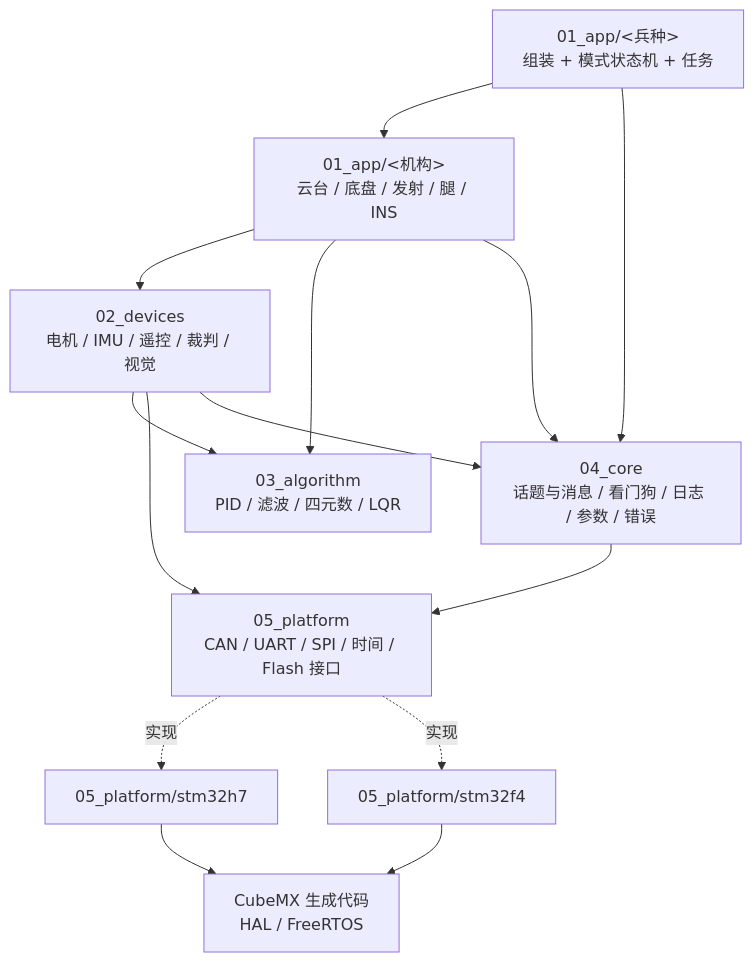
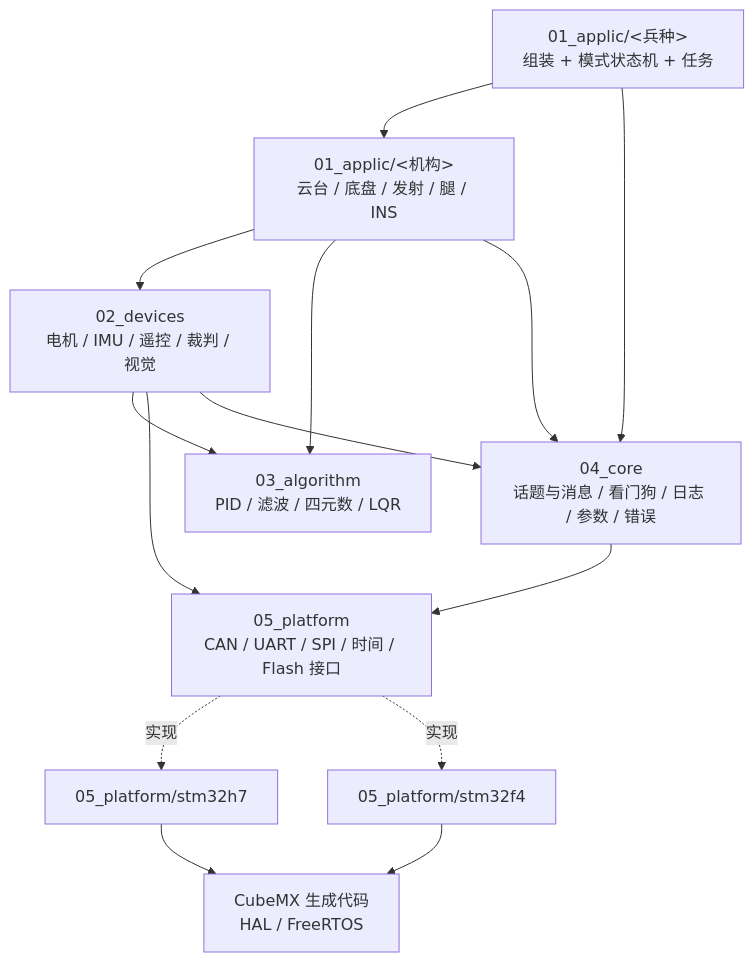
The first of 3 diagrams in docs/ARCHITECTURE.md (X0create/COD_RoboCore), drawn with Mermaid before and after one commit. The commit also changed other lines of this file and 91 other files, not shown here.

First line of the commit message:
refactor: 任务名都带 _task，兵种文件加兵种前缀，01_app 改名 01_applic（ADR 0051）

````diff
--- a/docs/ARCHITECTURE.md
+++ b/docs/ARCHITECTURE.md
@@ -111,25 +111,25 @@
 ```mermaid
 flowchart TD
-    APP["01_app/<兵种><br/>组装 + 模式状态机 + 任务"]
-    SUB["01_app/<机构><br/>云台 / 底盘 / 发射 / 腿 / INS"]
+    APP["01_applic/<兵种><br/>组装 + 模式状态机 + 任务"]
+    SUB["01_applic/<机构><br/>云台 / 底盘 / 发射 / 腿 / INS"]
     DEV["02_devices<br/>电机 / IMU / 遥控 / 裁判 / 视觉"]
     ALG["03_algorithm<br/>PID / 滤波 / 四元数 / LQR"]
     CORE["04_core<br/>话题与消息 / 看门狗 / 日志 / 参数 / 错误"]
     PLAT["05_platform<br/>CAN / UART / SPI / 时间 / Flash 接口"]
     H7["05_platform/stm32h7"]
     F4["05_platform/stm32f4"]
     GEN["CubeMX 生成代码<br/>HAL / FreeRTOS"]
     APP --> SUB
     APP --> CORE
     SUB --> DEV
     SUB --> ALG
     DEV --> ALG
     DEV --> PLAT
     SUB --> CORE
     DEV --> CORE
     CORE --> PLAT
     PLAT -.实现.-> H7
     PLAT -.实现.-> F4
     H7 --> GEN
     F4 --> GEN
 ```
````
